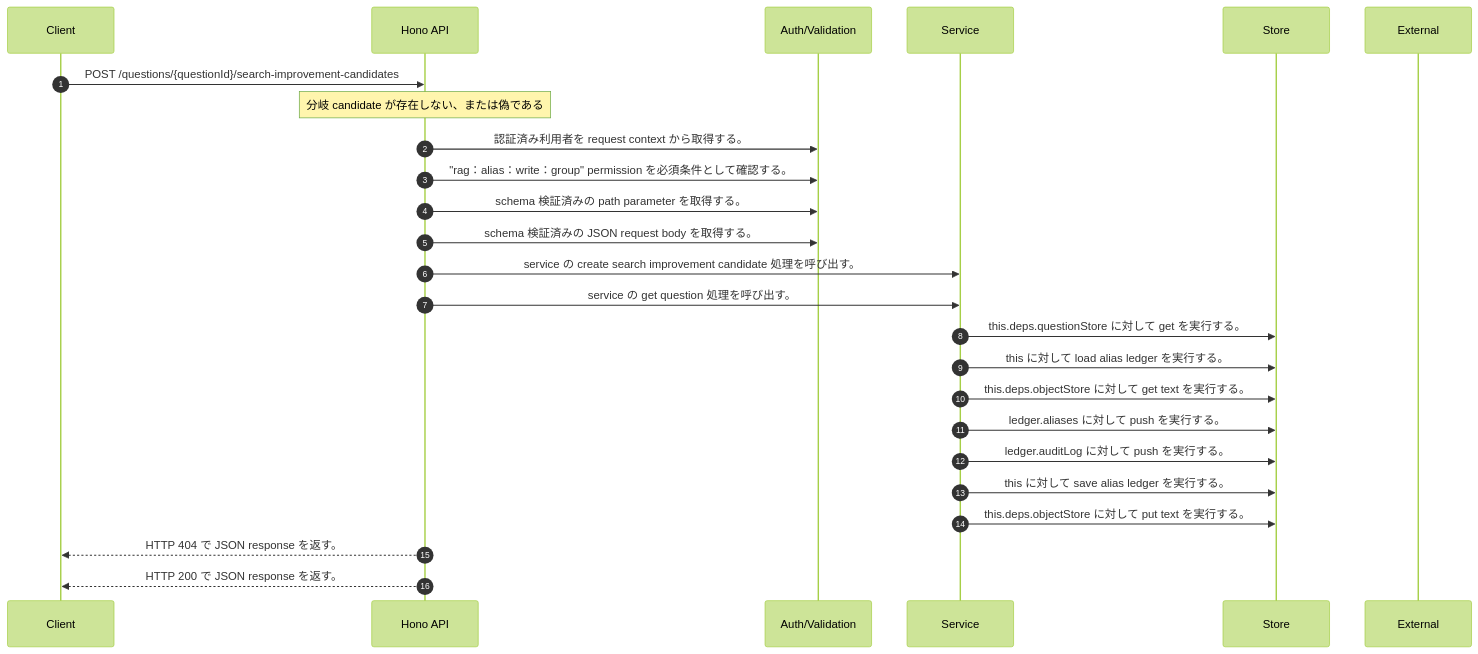
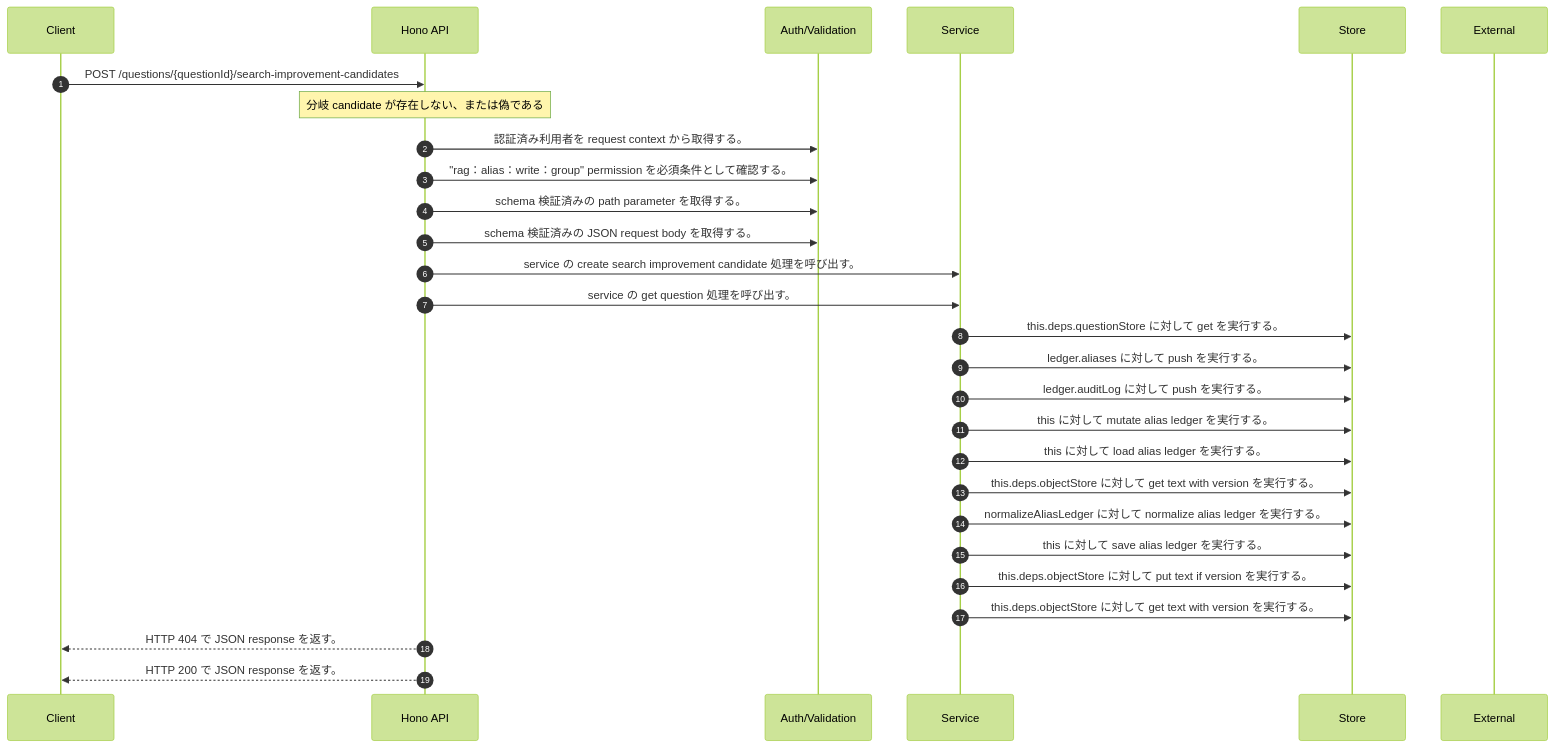
Before and after one commit to tsuji-tomonori/rag-assist: the diagram in docs/generated/api-code/post-questions-questionid-search-improvement-candidates/sequence_gen.md, drawn with Mermaid (forest theme). The commit also changed other lines of this file and 436 other files, not shown here.

````diff
--- a/docs/generated/api-code/post-questions-questionid-search-improvement-candidates/sequence_gen.md
+++ b/docs/generated/api-code/post-questions-questionid-search-improvement-candidates/sequence_gen.md
@@ -7,27 +7,30 @@
 ```mermaid
 sequenceDiagram
   autonumber
   participant Client as Client
   participant API as Hono API
   participant Auth as Auth/Validation
   participant Service as Service
   participant Store as Store
   participant External as External
   Client->>API: POST /questions/{questionId}/search-improvement-candidates
   Note over API: 分岐 candidate が存在しない、または偽である
   API->>Auth: 認証済み利用者を request context から取得する。
   API->>Auth: "rag：alias：write：group" permission を必須条件として確認する。
   API->>Auth: schema 検証済みの path parameter を取得する。
   API->>Auth: schema 検証済みの JSON request body を取得する。
   API->>Service: service の create search improvement candidate 処理を呼び出す。
   API->>Service: service の get question 処理を呼び出す。
   Service->>Store: this.deps.questionStore に対して get を実行する。
-  Service->>Store: this に対して load alias ledger を実行する。
-  Service->>Store: this.deps.objectStore に対して get text を実行する。
   Service->>Store: ledger.aliases に対して push を実行する。
   Service->>Store: ledger.auditLog に対して push を実行する。
+  Service->>Store: this に対して mutate alias ledger を実行する。
+  Service->>Store: this に対して load alias ledger を実行する。
+  Service->>Store: this.deps.objectStore に対して get text with version を実行する。
+  Service->>Store: normalizeAliasLedger に対して normalize alias ledger を実行する。
   Service->>Store: this に対して save alias ledger を実行する。
-  Service->>Store: this.deps.objectStore に対して put text を実行する。
+  Service->>Store: this.deps.objectStore に対して put text if version を実行する。
+  Service->>Store: this.deps.objectStore に対して get text with version を実行する。
   API-->>Client: HTTP 404 で JSON response を返す。
   API-->>Client: HTTP 200 で JSON response を返す。
 ```
````
